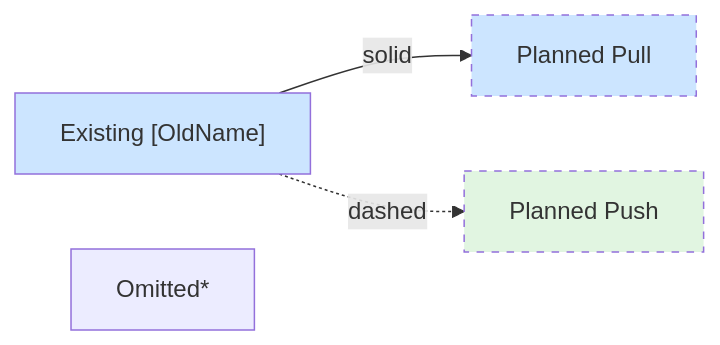
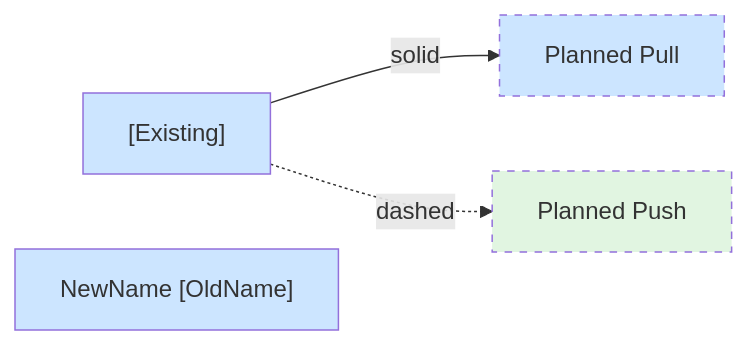
Before and after one commit to cjpais/transcribe-rs: the first of 4 diagrams in specs/transcription-rs.md, drawn with Mermaid. The commit also changed other lines of this file, not shown here.

````diff
--- a/specs/transcription-rs.md
+++ b/specs/transcription-rs.md
@@ -55,13 +62,13 @@
 ```mermaid
 graph LR
-    ExistingPull["Existing [OldName]"] -- solid --> PlannedPull[Planned Pull]
-    ExistingPull -. dashed .-> PlannedPush[Planned Push]
-    Omitted[Omitted*]
+    Existing["[Existing]"] -- solid --> PlannedPull[Planned Pull]
+    Existing -. dashed .-> PlannedPush[Planned Push]
+    Renamed["NewName [OldName]"]
 
     classDef pullExisting fill:#cce5ff
     classDef pullPlanned fill:#cce5ff,stroke-dasharray: 5 5
     classDef pushPlanned fill:#e1f5e1,stroke-dasharray: 5 5
-    class ExistingPull pullExisting
+    class Existing,Renamed pullExisting
     class PlannedPull pullPlanned
     class PlannedPush pushPlanned
 ```
````
